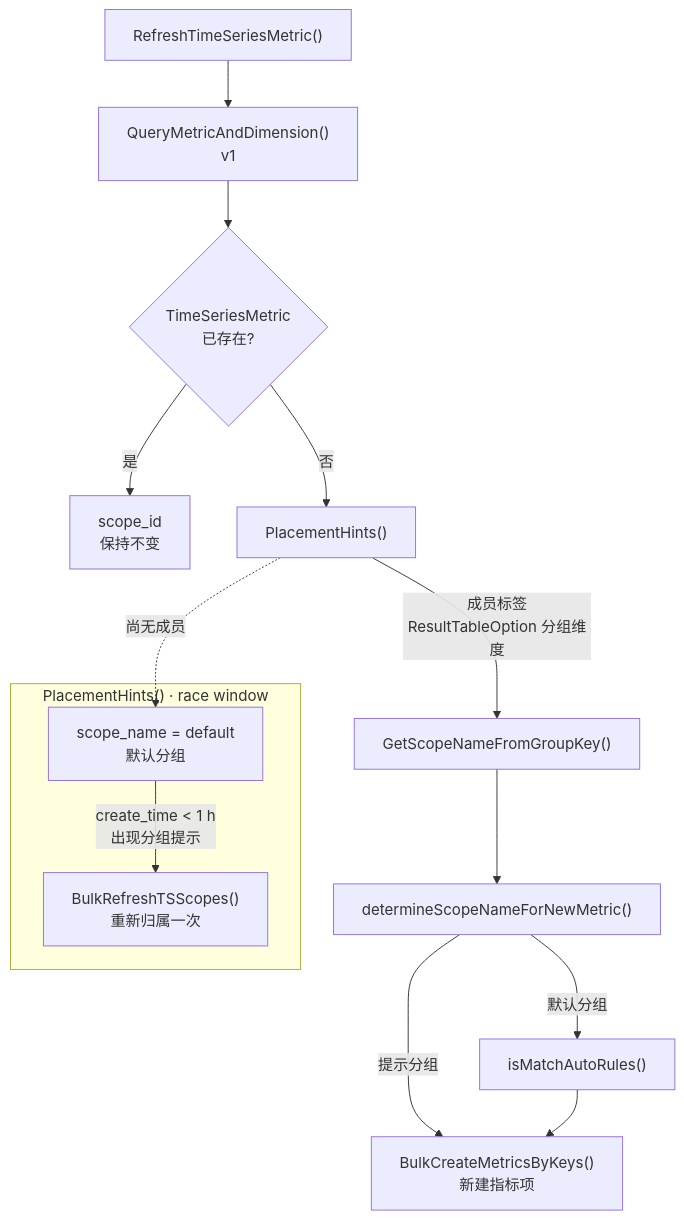
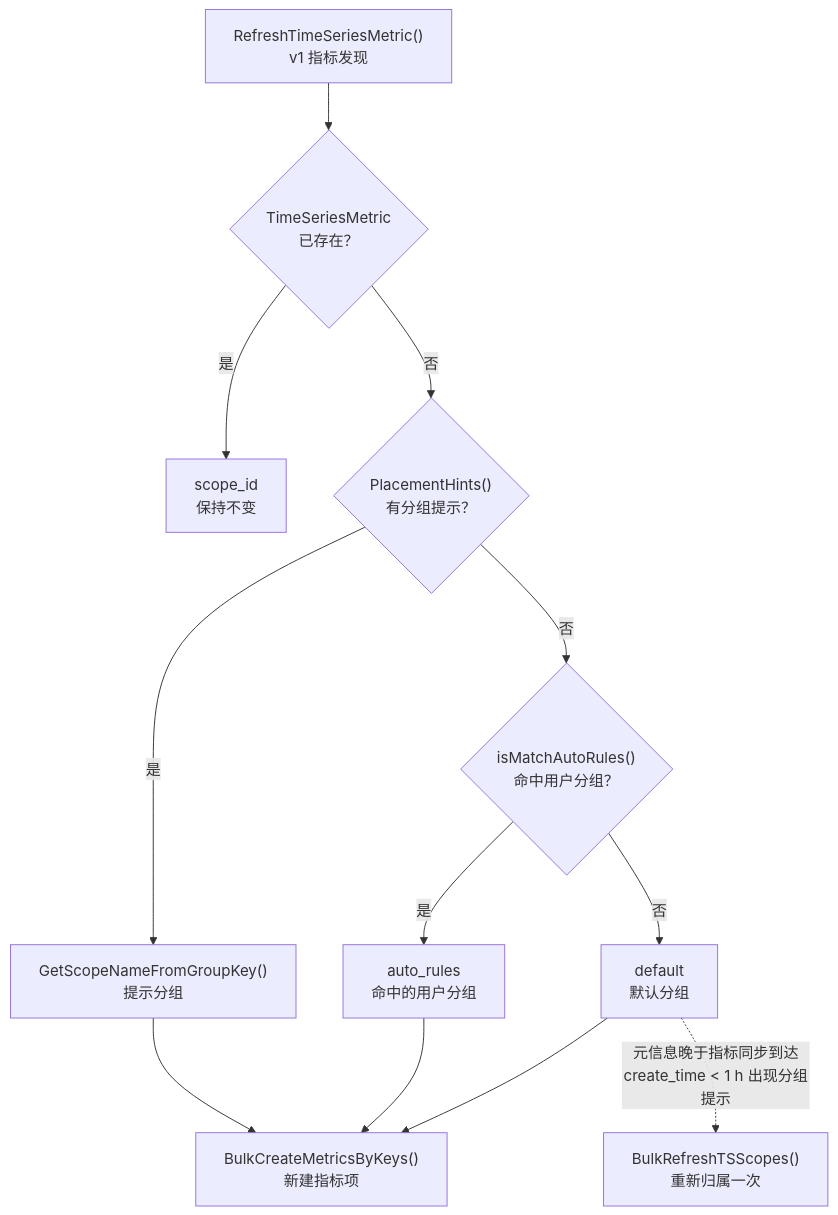
The ninth of 22 diagrams in knowledge/bkmonitor/issues/2026-09-15-custom-metric-metadata/PLAN.md (ZhuoZhuoCrayon/ai-workspace), drawn with Mermaid before and after one commit. The commit also changed other lines of this file and 7 other files, not shown here.

````diff
--- a/knowledge/bkmonitor/issues/2026-09-15-custom-metric-metadata/PLAN.md
+++ b/knowledge/bkmonitor/issues/2026-09-15-custom-metric-metadata/PLAN.md
@@ -528,16 +549,14 @@
 ```mermaid
 flowchart TB
-    Sync["RefreshTimeSeriesMetric()"] --> V1["QueryMetricAndDimension()<br/>v1"]
-    V1 --> IsNew{"TimeSeriesMetric<br/>已存在?"}
+    Sync["RefreshTimeSeriesMetric()<br/>v1 指标发现"] --> IsNew{"TimeSeriesMetric<br/>已存在？"}
     IsNew -- 是 --> Keep["scope_id<br/>保持不变"]
-    IsNew -- 否 --> Hint["PlacementHints()"]
-    Hint -->|"成员标签<br/>ResultTableOption 分组维度"| GroupKey["GetScopeNameFromGroupKey()"]
-    GroupKey --> Determine["determineScopeNameForNewMetric()"]
-    Determine -->|"默认分组"| Rules["isMatchAutoRules()"]
-    Determine -->|"提示分组"| Create["BulkCreateMetricsByKeys()<br/>新建指标项"]
-    Rules --> Create
-    Hint -.->|"尚无成员"| Default
-    subgraph Race["PlacementHints() · race window"]
-        Default["scope_name = default<br/>默认分组"] -->|"create_time < 1 h<br/>出现分组提示"| Replace["BulkRefreshTSScopes()<br/>重新归属一次"]
-    end
+    IsNew -- 否 --> Hint{"PlacementHints()<br/>有分组提示？"}
+    Hint -- 是 --> HintScope["GetScopeNameFromGroupKey()<br/>提示分组"]
+    Hint -- 否 --> Rules{"isMatchAutoRules()<br/>命中用户分组？"}
+    Rules -- 是 --> RuleScope["auto_rules<br/>命中的用户分组"]
+    Rules -- 否 --> Default["default<br/>默认分组"]
+    HintScope --> Create["BulkCreateMetricsByKeys()<br/>新建指标项"]
+    RuleScope --> Create
+    Default --> Create
+    Default -.->|"元信息晚于指标同步到达<br/>create_time < 1 h 出现分组提示"| Replace["BulkRefreshTSScopes()<br/>重新归属一次"]
 ```
````
